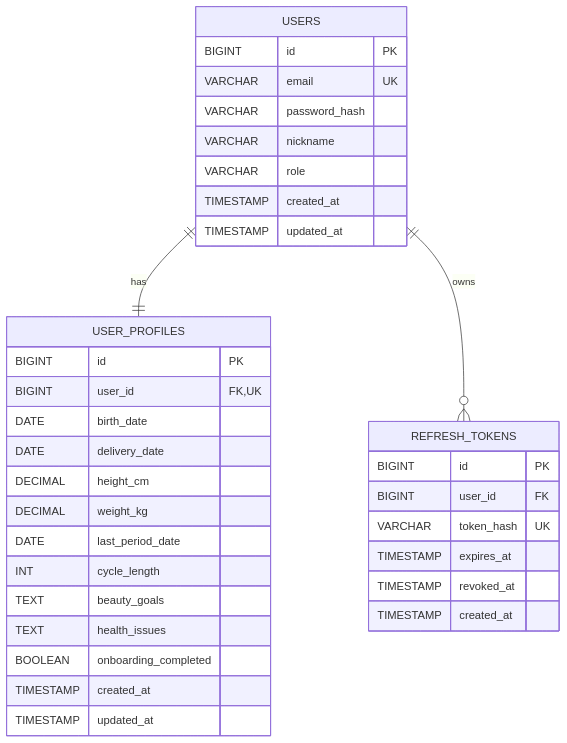
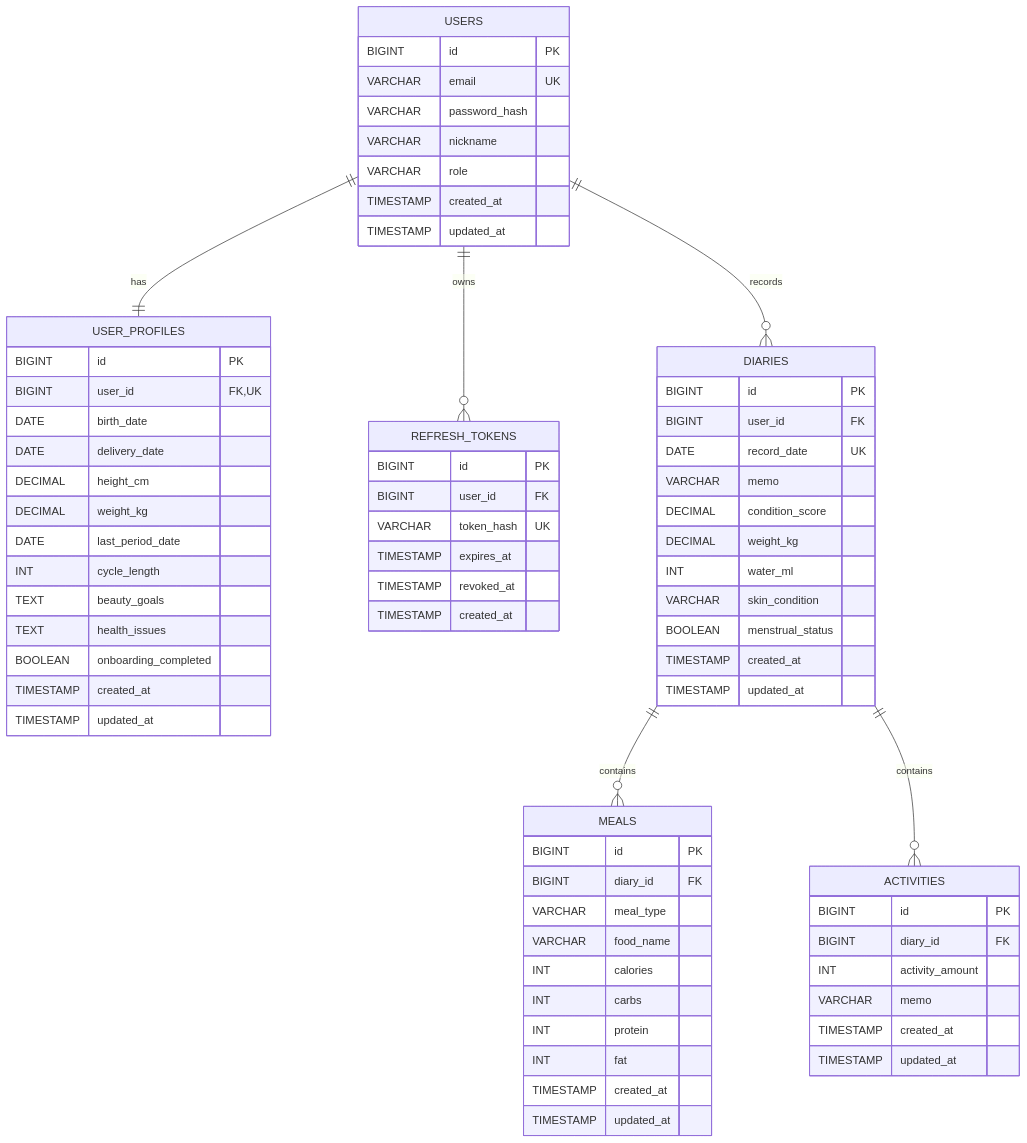
One commit to Lee1Jae/likelion-hanyang-erica-hackathon-team2-backend changed the diagram in README.md. Above: the diagram before and after it, drawn with Mermaid. The commit also changed other lines of this file and 19 other files, not shown here.

````diff
--- a/README.md
+++ b/README.md
@@ -19,40 +22,79 @@
 ```mermaid
 erDiagram
     USERS ||--|| USER_PROFILES : has
     USERS ||--o{ REFRESH_TOKENS : owns
+    USERS ||--o{ DIARIES : records
+    DIARIES ||--o{ MEALS : contains
+    DIARIES ||--o{ ACTIVITIES : contains
 
     USERS {
         BIGINT id PK
         VARCHAR email UK
         VARCHAR password_hash
         VARCHAR nickname
         VARCHAR role
         TIMESTAMP created_at
         TIMESTAMP updated_at
     }
 
     USER_PROFILES {
         BIGINT id PK
         BIGINT user_id FK,UK
         DATE birth_date
         DATE delivery_date
         DECIMAL height_cm
         DECIMAL weight_kg
         DATE last_period_date
         INT cycle_length
         TEXT beauty_goals
         TEXT health_issues
         BOOLEAN onboarding_completed
         TIMESTAMP created_at
         TIMESTAMP updated_at
     }
 
     REFRESH_TOKENS {
         BIGINT id PK
         BIGINT user_id FK
         VARCHAR token_hash UK
         TIMESTAMP expires_at
         TIMESTAMP revoked_at
         TIMESTAMP created_at
     }
+
+    DIARIES {
+        BIGINT id PK
+        BIGINT user_id FK
+        DATE record_date UK
+        VARCHAR memo
+        DECIMAL condition_score
+        DECIMAL weight_kg
+        INT water_ml
+        VARCHAR skin_condition
+        BOOLEAN menstrual_status
+        TIMESTAMP created_at
+        TIMESTAMP updated_at
+    }
+
+    MEALS {
+        BIGINT id PK
+        BIGINT diary_id FK
+        VARCHAR meal_type
+        VARCHAR food_name
+        INT calories
+        INT carbs
+        INT protein
+        INT fat
+        TIMESTAMP created_at
+        TIMESTAMP updated_at
+    }
+
+    ACTIVITIES {
+        BIGINT id PK
+        BIGINT diary_id FK
+        INT activity_amount
+        VARCHAR memo
+        TIMESTAMP created_at
+        TIMESTAMP updated_at
+    }
 ```
````
